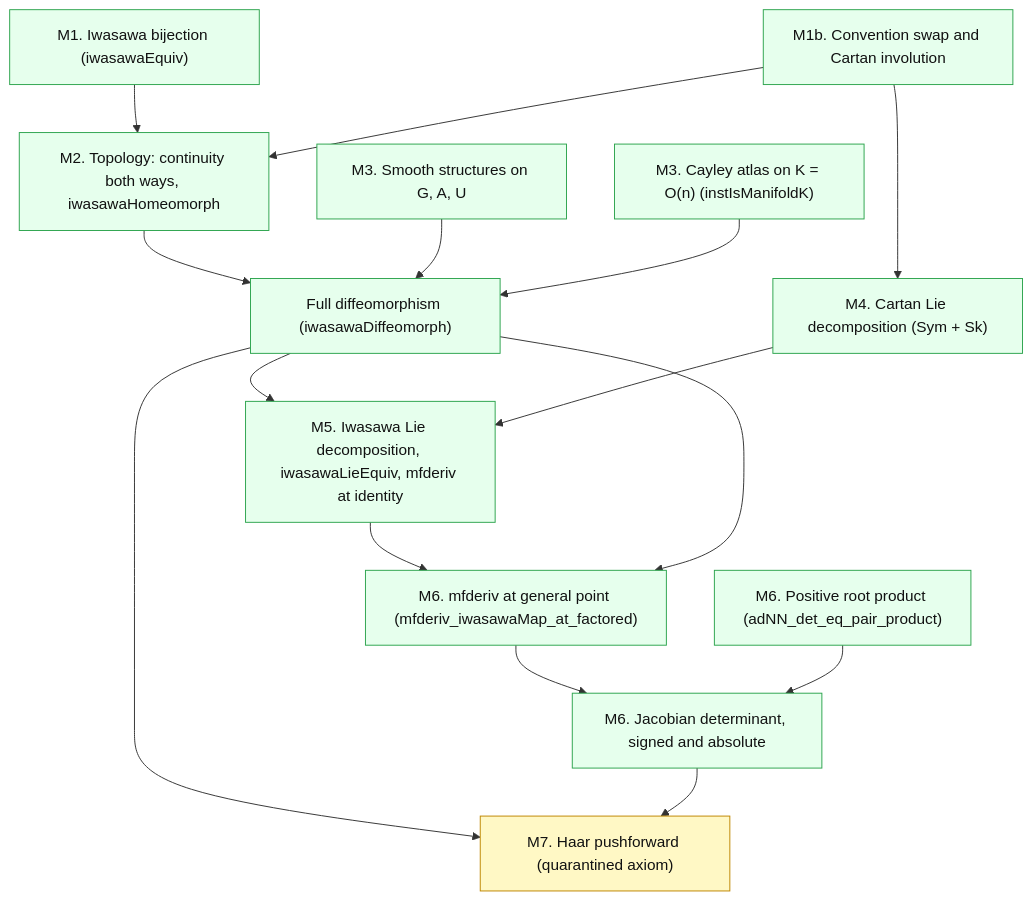
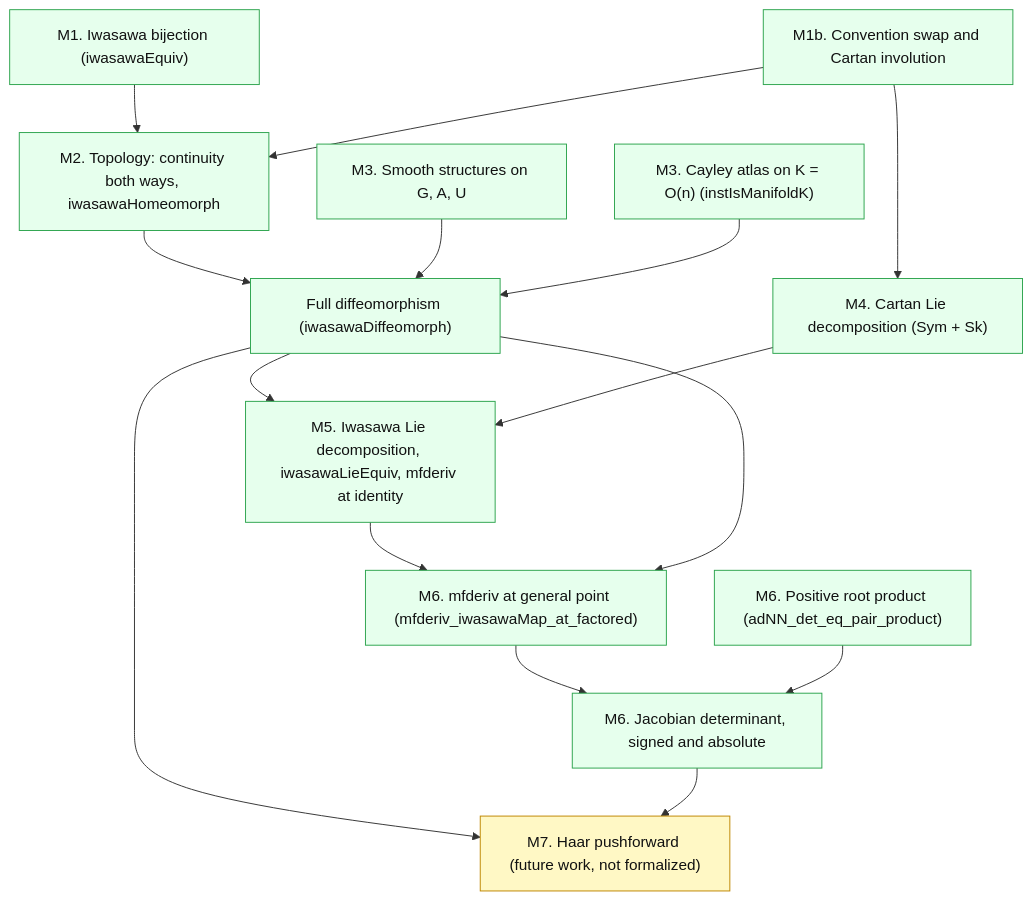
One commit to CuteSurtr/iwasawa-change-of-coordinates changed the third of 4 diagrams in README.md. Above: the diagram before and after it, drawn with Mermaid. The commit also changed other lines of this file and 2 other files, not shown here.

First line of the commit message:
Sync docs to the axiom clean state after removing the placeholder axiom

````diff
--- a/README.md
+++ b/README.md
@@ -770,35 +772,35 @@
 ```mermaid
 flowchart TD
     M1["M1. Iwasawa bijection (iwasawaEquiv)"]
     M1b["M1b. Convention swap and Cartan involution"]
     M2["M2. Topology: continuity both ways, iwasawaHomeomorph"]
     M3g["M3. Smooth structures on G, A, U"]
     M3k["M3. Cayley atlas on K = O(n) (instIsManifoldK)"]
     DIFF["Full diffeomorphism (iwasawaDiffeomorph)"]
     M4["M4. Cartan Lie decomposition (Sym + Sk)"]
     M5["M5. Iwasawa Lie decomposition, iwasawaLieEquiv, mfderiv at identity"]
     M6d["M6. mfderiv at general point (mfderiv_iwasawaMap_at_factored)"]
     M6p["M6. Positive root product (adNN_det_eq_pair_product)"]
     M6j["M6. Jacobian determinant, signed and absolute"]
-    M7["M7. Haar pushforward (quarantined axiom)"]
+    M7["M7. Haar pushforward (future work, not formalized)"]
 
     M1 --> M2
     M1b --> M2
     M1b --> M4
     M2 --> DIFF
     M3g --> DIFF
     M3k --> DIFF
     DIFF --> M5
     M4 --> M5
     M5 --> M6d
     DIFF --> M6d
     M6d --> M6j
     M6p --> M6j
     DIFF --> M7
     M6j --> M7
 
     classDef proved fill:#e6ffed,stroke:#2da44e,color:#111;
-    classDef axiom fill:#fff8c5,stroke:#bf8700,color:#111;
+    classDef future fill:#fff8c5,stroke:#bf8700,color:#111;
     class M1,M1b,M2,M3g,M3k,DIFF,M4,M5,M6d,M6p,M6j proved;
-    class M7 axiom;
+    class M7 future;
 ```
````
